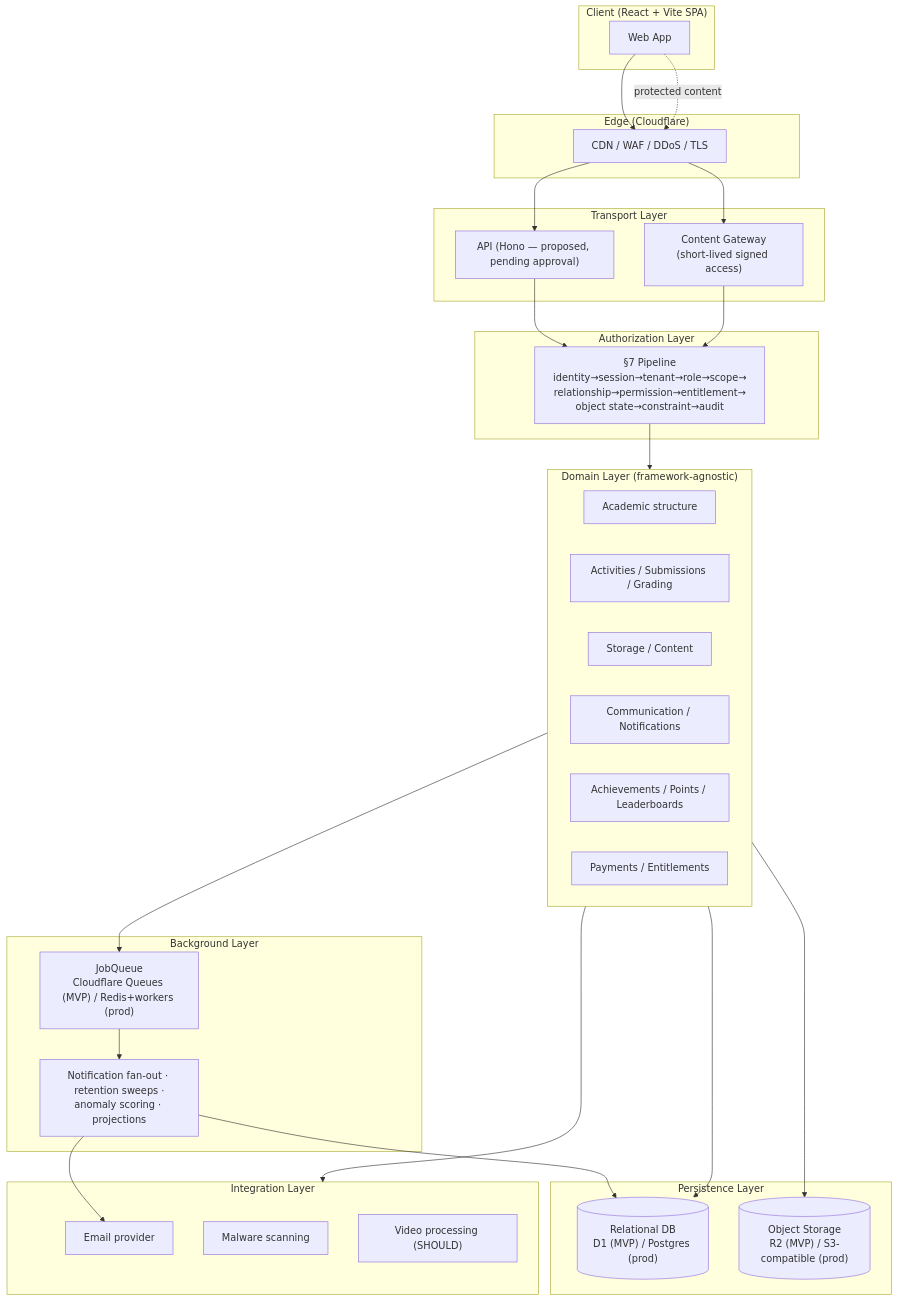
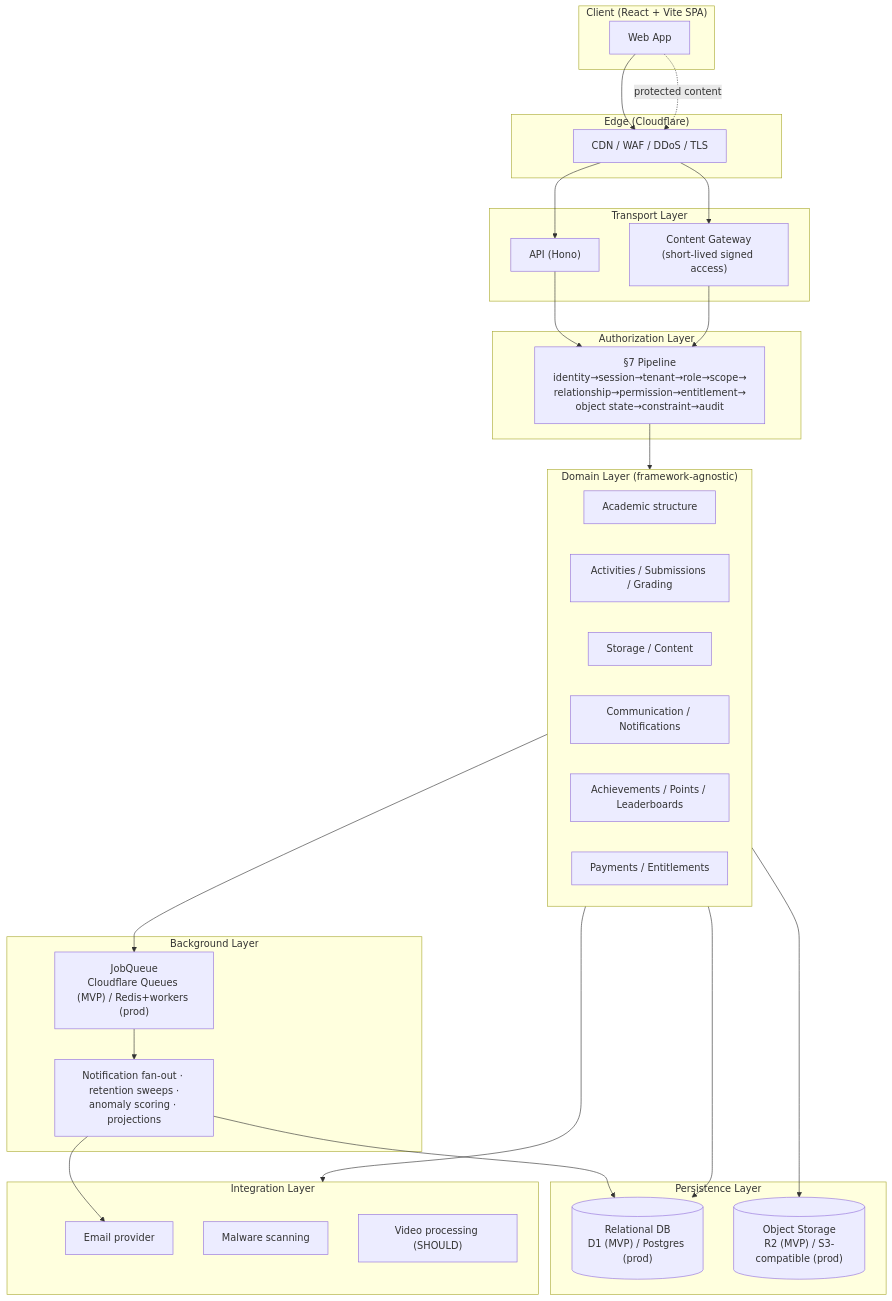
Before and after one commit to ravenssoftware/EduCapsules: the first of 4 diagrams in docs/architecture/README.md, drawn with Mermaid. The commit also changed other lines of this file and 6 other files, not shown here.

````diff
--- a/docs/architecture/README.md
+++ b/docs/architecture/README.md
@@ -30,56 +30,56 @@
 ```mermaid
 flowchart TB
     subgraph Client["Client (React + Vite SPA)"]
         WebApp["Web App"]
     end
 
     subgraph Edge["Edge (Cloudflare)"]
         CDN["CDN / WAF / DDoS / TLS"]
     end
 
     subgraph Transport["Transport Layer"]
-        API["API (Hono — proposed, pending approval)"]
+        API["API (Hono)"]
         Gateway["Content Gateway\n(short-lived signed access)"]
     end
 
     subgraph AuthZ["Authorization Layer"]
         Pipeline["§7 Pipeline\nidentity→session→tenant→role→scope→\nrelationship→permission→entitlement→\nobject state→constraint→audit"]
     end
 
     subgraph Domain["Domain Layer (framework-agnostic)"]
         Academic["Academic structure"]
         Assess["Activities / Submissions / Grading"]
         Storage["Storage / Content"]
         Comms["Communication / Notifications"]
         Gamification["Achievements / Points / Leaderboards"]
         Commerce["Payments / Entitlements"]
     end
 
     subgraph Persistence["Persistence Layer"]
         DB[("Relational DB\nD1 (MVP) / Postgres (prod)")]
         Obj[("Object Storage\nR2 (MVP) / S3-compatible (prod)")]
     end
 
     subgraph Integration["Integration Layer"]
         Mail["Email provider"]
         Scan["Malware scanning"]
         Video["Video processing (SHOULD)"]
     end
 
     subgraph Background["Background Layer"]
         Queue["JobQueue\nCloudflare Queues (MVP) / Redis+workers (prod)"]
         Jobs["Notification fan-out · retention sweeps ·\nanomaly scoring · projections"]
     end
 
     WebApp --> CDN --> API
     WebApp -. protected content .-> CDN --> Gateway
     API --> Pipeline
     Gateway --> Pipeline
     Pipeline --> Domain
     Domain --> DB
     Domain --> Obj
     Domain --> Integration
     Domain --> Queue --> Jobs
     Jobs --> DB
     Jobs --> Mail
 ```
````
